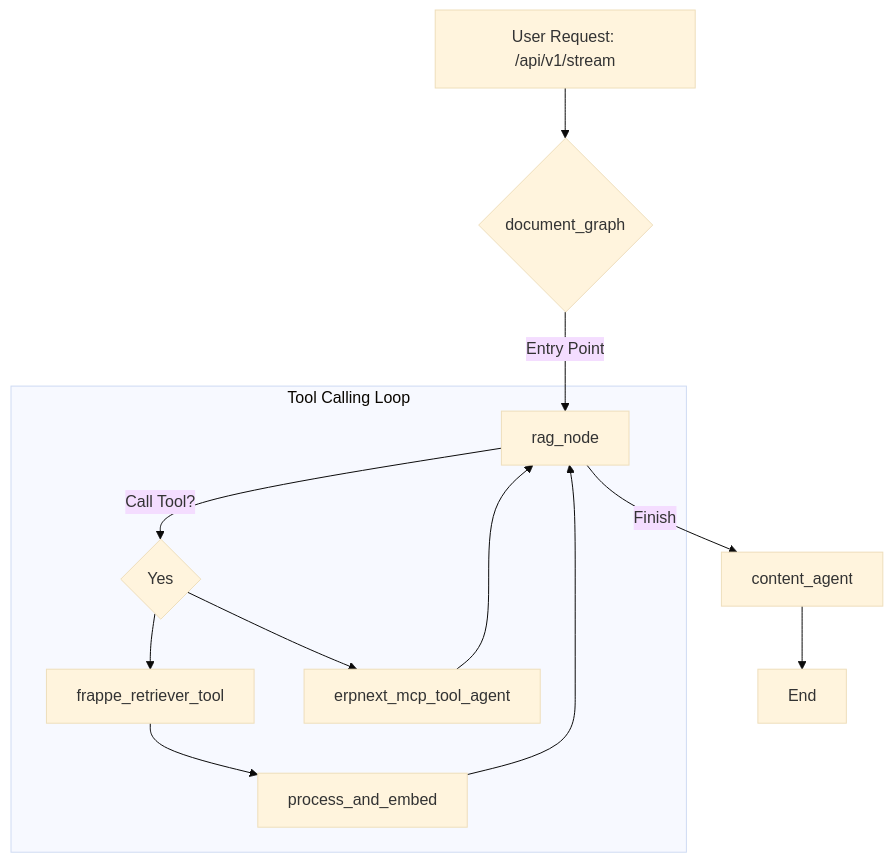
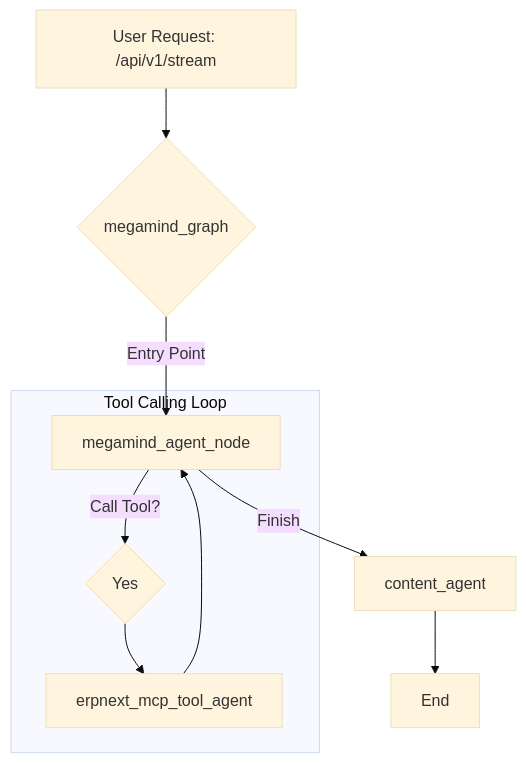
One commit to belee-aim/megamind changed the first of 4 diagrams in CODEBASE_OVERVIEW.md. Above: the diagram before and after it, drawn with Mermaid (base theme). The commit also changed other lines of this file, not shown here.

````diff
--- a/CODEBASE_OVERVIEW.md
+++ b/CODEBASE_OVERVIEW.md
@@ -93,17 +106,14 @@
 ```mermaid
 graph TD
-    A[User Request: /api/v1/stream] --> B{document_graph};
-    B -- Entry Point --> C[rag_node];
+    A[User Request: /api/v1/stream] --> B{megamind_graph};
+    B -- Entry Point --> C[megamind_agent_node];
 
     subgraph "Tool Calling Loop"
         C -- Call Tool? --> D{Yes};
-        D --> E[frappe_retriever_tool];
         D --> F[erpnext_mcp_tool_agent];
-        E --> G[process_and_embed];
-        G --> C;
         F --> C;
     end
 
     C -- Finish --> H[content_agent];
     H --> I[End];
 ```
````
